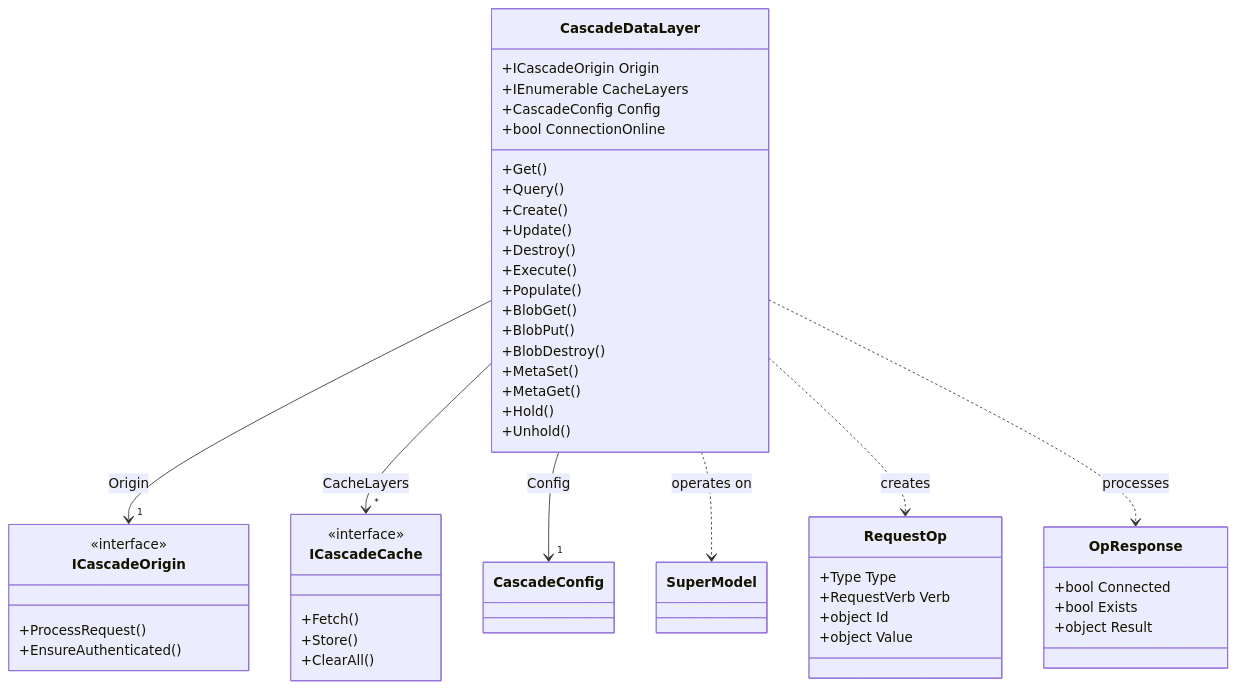
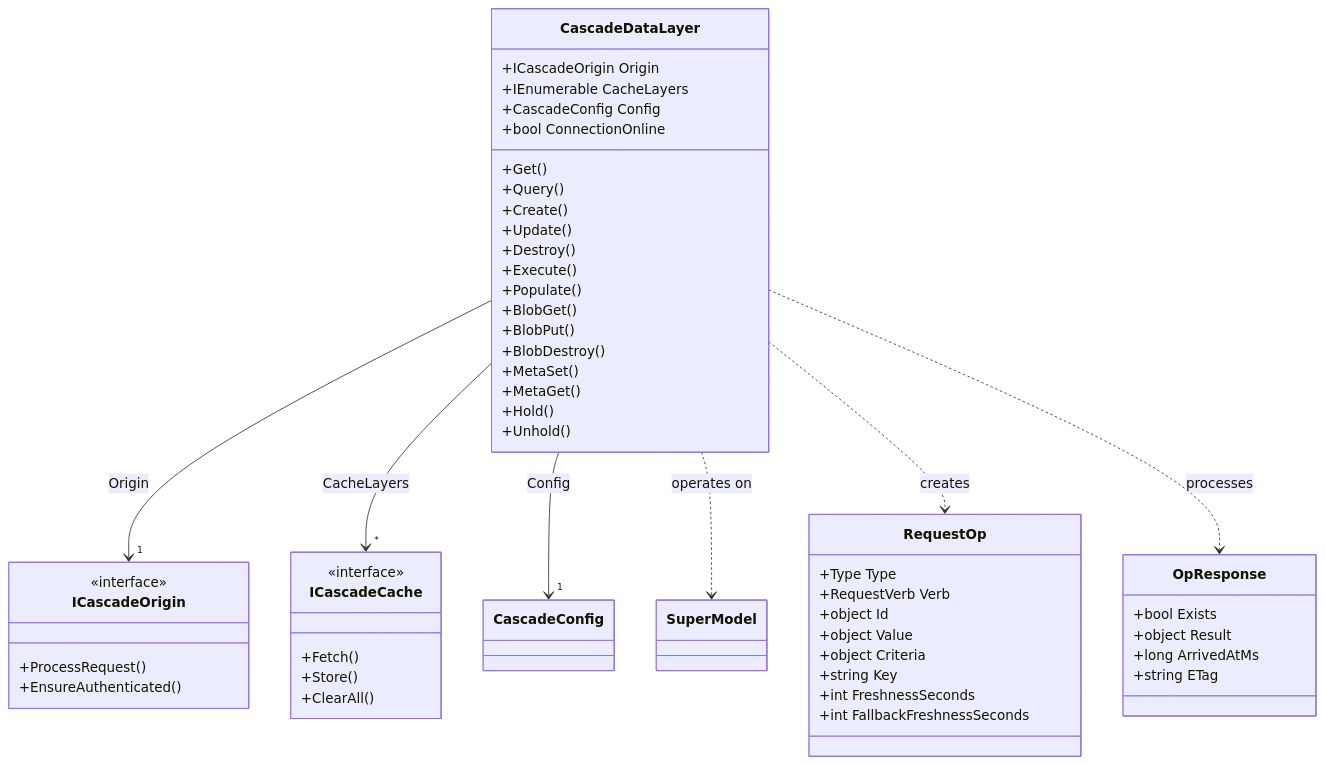
One commit to buzzware/cascade changed the diagram in api_docs/classes.mermaid. Above: the diagram before and after it, drawn with Mermaid. The commit also changed 22 other files, not shown here.

```diff
--- a/api_docs/classes.mermaid
+++ b/api_docs/classes.mermaid
@@ -1,60 +1,65 @@
 classDiagram
     class CascadeDataLayer {
         +ICascadeOrigin Origin
         +IEnumerable<ICascadeCache> CacheLayers
         +CascadeConfig Config
         +bool ConnectionOnline
         +Get()
         +Query()
         +Create()
         +Update()
         +Destroy()
         +Execute()
         +Populate()
         +BlobGet()
         +BlobPut()
         +BlobDestroy()
         +MetaSet()
         +MetaGet()
         +Hold()
         +Unhold()
     }
     
     class ICascadeOrigin {
         <<interface>>
         +ProcessRequest()
         +EnsureAuthenticated()
     }
     
     class ICascadeCache {
         <<interface>>
         +Fetch()
         +Store()
         +ClearAll()
     }
     
     class CascadeConfig {
     }
     
     class SuperModel {
     }
     
     class RequestOp {
         +Type Type
         +RequestVerb Verb
         +object Id
         +object Value
+        +object Criteria
+        +string Key
+        +int FreshnessSeconds
+        +int FallbackFreshnessSeconds
     }
     
     class OpResponse {
-        +bool Connected
         +bool Exists
         +object Result
+        +long ArrivedAtMs
+        +string ETag
     }
 
     CascadeDataLayer --> "1" ICascadeOrigin : Origin
     CascadeDataLayer --> "*" ICascadeCache : CacheLayers
     CascadeDataLayer --> "1" CascadeConfig : Config
     CascadeDataLayer ..> SuperModel : operates on
     CascadeDataLayer ..> RequestOp : creates
     CascadeDataLayer ..> OpResponse : processes
```
